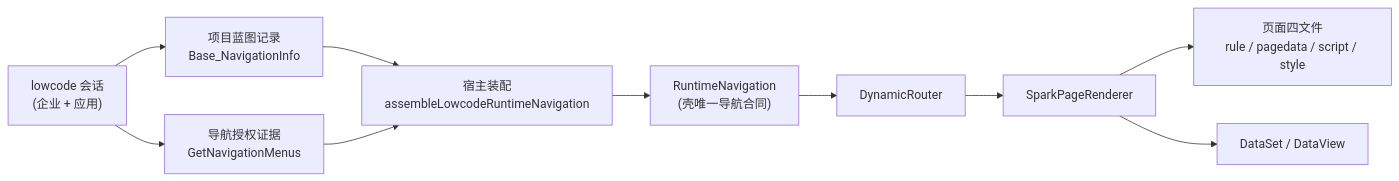
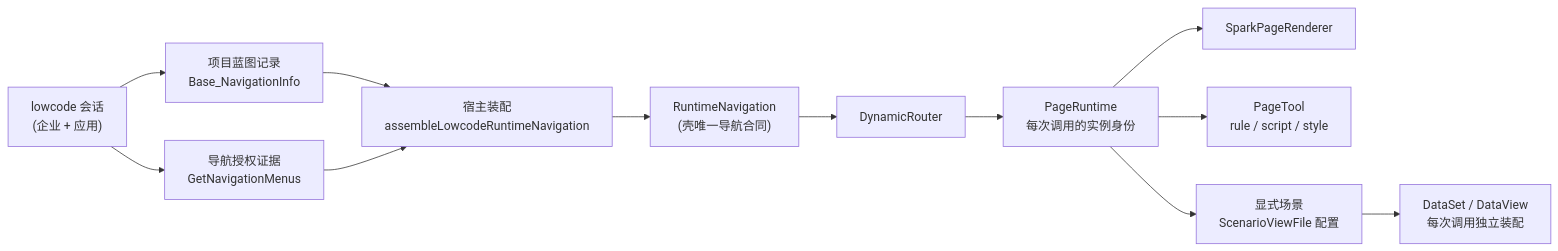
One commit to LMSpark/APPWORKS changed the first of 2 diagrams in docs/architecture/system-architecture.md. Above: the diagram before and after it, drawn with Mermaid. The commit also changed other lines of this file and 527 other files, not shown here.

First line of the commit message:
feat(spark-project-model)!: align AppWorks with SPARK blueprints and data spaces

````diff
--- a/docs/architecture/system-architecture.md
+++ b/docs/architecture/system-architecture.md
@@ -16,12 +16,14 @@
 ```mermaid
 flowchart LR
   Session["lowcode 会话<br/>(企业 + 应用)"] --> Records["项目蓝图记录<br/>Base_NavigationInfo"]
   Session --> Auth["导航授权证据<br/>GetNavigationMenus"]
   Records --> Assemble["宿主装配<br/>assembleLowcodeRuntimeNavigation"]
   Auth --> Assemble
   Assemble --> Nav["RuntimeNavigation<br/>(壳唯一导航合同)"]
   Nav --> Router["DynamicRouter"]
-  Router --> Page["SparkPageRenderer"]
-  Page --> Four["页面四文件<br/>rule / pagedata / script / style"]
-  Page --> DS["DataSet / DataView"]
+  Router --> Call["PageRuntime<br/>每次调用的实例身份"]
+  Call --> Page["SparkPageRenderer"]
+  Call --> Tool["PageTool<br/>rule / script / style"]
+  Call --> Scene["显式场景<br/>ScenarioViewFile 配置"]
+  Scene --> DS["DataSet / DataView<br/>每次调用独立装配"]
 ```
````
